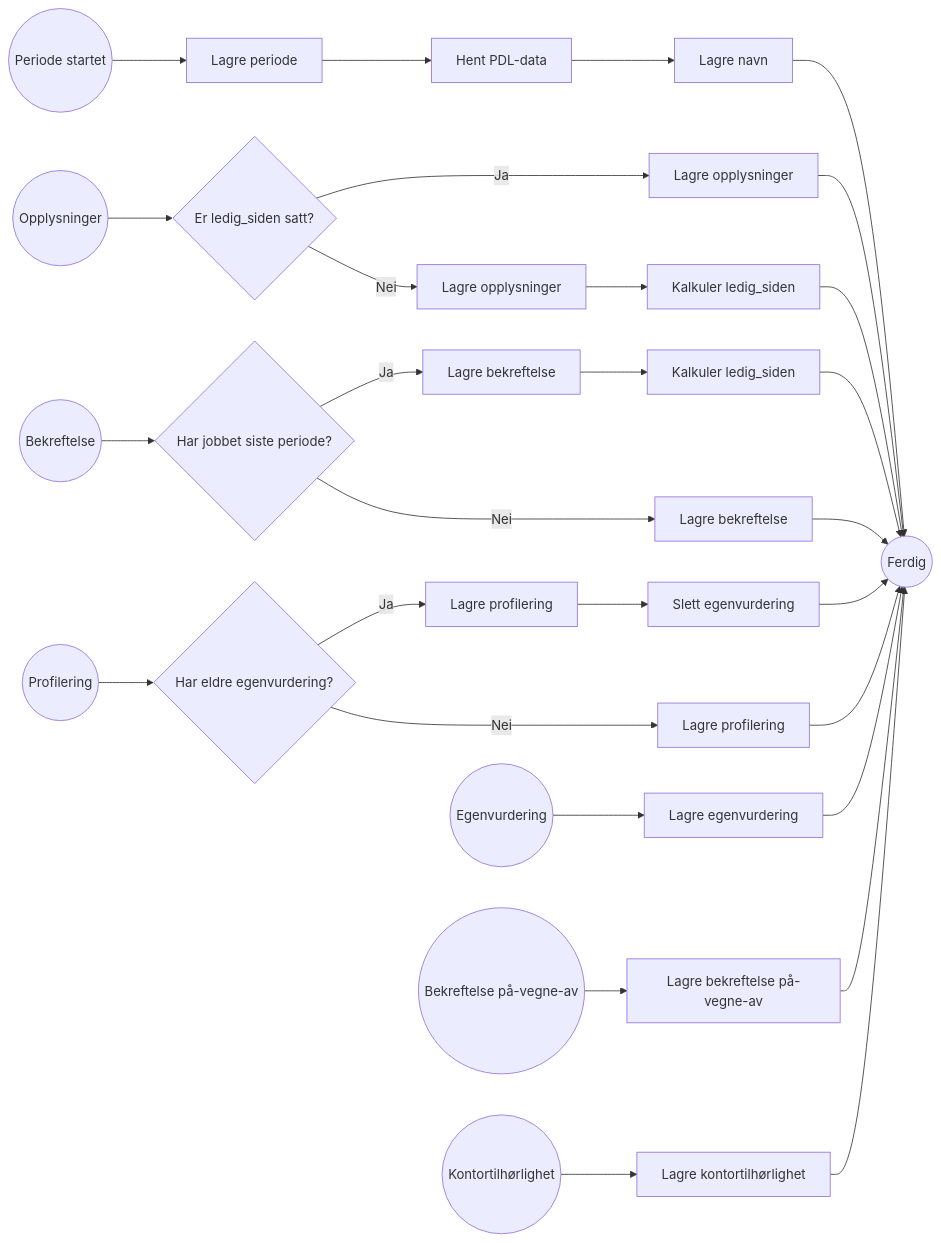
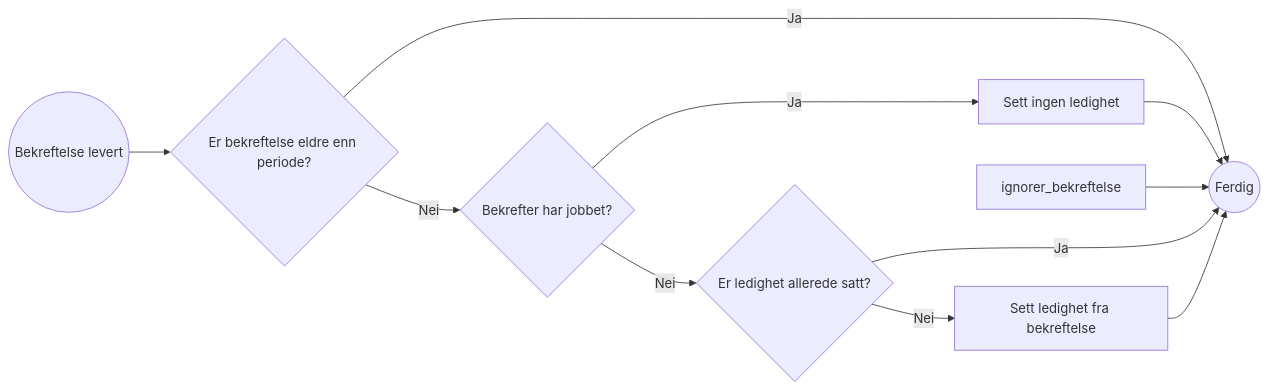
One commit to navikt/paw-rust-monorepo changed the second of 5 diagrams in app/kartlegging-api/README.md. Above: the diagram before and after it, drawn with Mermaid. The commit also changed other lines of this file, not shown here.

````diff
--- a/app/kartlegging-api/README.md
+++ b/app/kartlegging-api/README.md
@@ -38,37 +38,13 @@
 ```mermaid
 graph LR
-    periode_startet((Periode startet)) --> lagre_periode[Lagre periode]
-    lagre_periode --> hent_pdl_data[Hent PDL-data]
-    hent_pdl_data --> lagre_navn[Lagre navn]
-    lagre_navn --> done((Ferdig))
-    
-    opplysninger((Opplysninger)) --> ledig_siden_satt{Er ledig_siden satt?}
-    ledig_siden_satt -->|Ja| lagre_opplysninger_for_ja[Lagre opplysninger]
-    ledig_siden_satt -->|Nei| lagre_opplysninger_for_nei[Lagre opplysninger]
-    lagre_opplysninger_for_ja --> done
-    lagre_opplysninger_for_nei --> kalkulere_ledig_siden_for_opplysninger[Kalkuler ledig_siden]
-    kalkulere_ledig_siden_for_opplysninger --> done
-    
-    bekreftelse((Bekreftelse)) --> har_jobbet_siste_periode{Har jobbet siste periode?}
-    har_jobbet_siste_periode -->|Ja| lagre_bekreftelse_for_ja[Lagre bekreftelse]
-    har_jobbet_siste_periode -->|Nei| lagre_bekreftelse_for_nei[Lagre bekreftelse]
-    lagre_bekreftelse_for_ja --> kalkulere_ledig_siden_for_bekreftelse[Kalkuler ledig_siden]
-    kalkulere_ledig_siden_for_bekreftelse --> done
-    lagre_bekreftelse_for_nei --> done
-
-    profilering((Profilering)) --> har_eldre_egenvurdering{Har eldre egenvurdering?}
-    har_eldre_egenvurdering -->|Ja| lagre_profilering_for_ja[Lagre profilering]
-    har_eldre_egenvurdering -->|Nei| lagre_profilering_for_nei[Lagre profilering]
-    lagre_profilering_for_ja --> slett_egenvurdering[Slett egenvurdering]
-    slett_egenvurdering --> done
-    lagre_profilering_for_nei --> done
-
-    egenvurdering(("Egenvurdering")) --> lagre_egenvurdering[Lagre egenvurdering]
-    lagre_egenvurdering --> done
-
-    bekreftelse_paa_vegne_av(("Bekreftelse på-vegne-av")) --> lagre_bekreftelse_paa_vegne_av[Lagre bekreftelse på-vegne-av]
-    lagre_bekreftelse_paa_vegne_av --> done
-
-    tilknyttet_kontor(("Kontortilhørlighet")) --> lagre_tilknyttet_kontor[Lagre kontortilhørlighet]
-    lagre_tilknyttet_kontor --> done
+    bekreftelse_levert((Bekreftelse levert)) --> er_bekreftelse_eldre_enn_periode{Er bekreftelse eldre enn periode?}
+    er_bekreftelse_eldre_enn_periode -->|Ja| ferdig((Ferdig))
+    er_bekreftelse_eldre_enn_periode -->|Nei| bekrefter_har_jobbet{Bekrefter har jobbet?}
+    bekrefter_har_jobbet -->|Ja| ingen_ledighet[Sett ingen ledighet]
+    bekrefter_har_jobbet -->|Nei| er_ledighet_satt{Er ledighet allerede satt?}
+    er_ledighet_satt -->|Ja| ferdig
+    er_ledighet_satt -->|Nei| ledighet_fra_bekreftelse[Sett ledighet fra bekreftelse]
+    ignorer_bekreftelse --> ferdig
+    ingen_ledighet --> ferdig
+    ledighet_fra_bekreftelse --> ferdig
 ```
````
